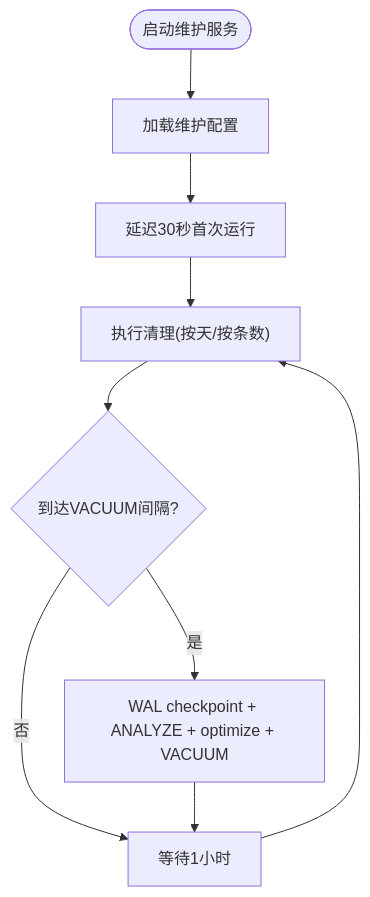
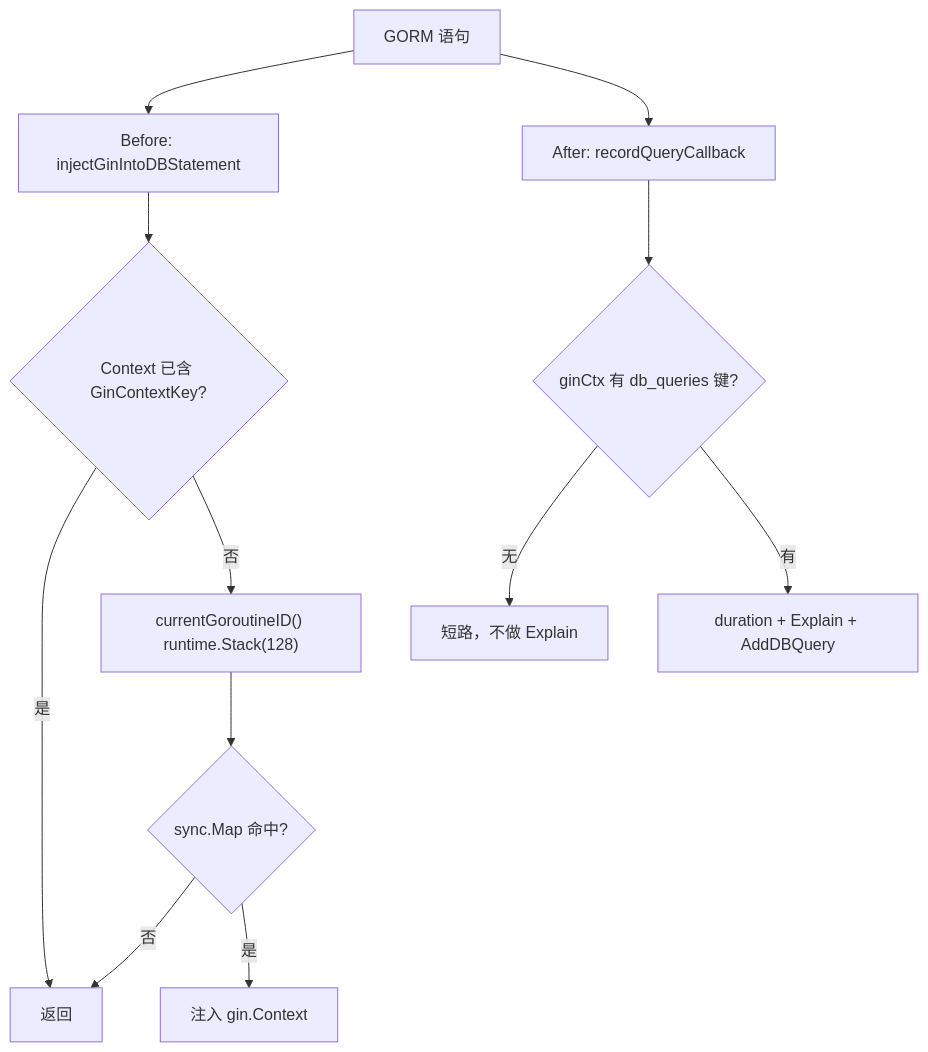
One commit to x01n/dnsplane changed the fourth of 5 diagrams in docs/部署运维/性能优化与调优.md. Above: the diagram before and after it, drawn with Mermaid. The commit also changed other lines of this file and 326 other files, not shown here.

````diff
--- a/docs/部署运维/性能优化与调优.md
+++ b/docs/部署运维/性能优化与调优.md
@@ -163,11 +411,14 @@
 ```mermaid
 flowchart TD
-Start(["启动维护服务"]) --> LoadCfg["加载维护配置"]
-LoadCfg --> FirstDelay["延迟30秒首次运行"]
-FirstDelay --> Cleanup["执行清理(按天/按条数)"]
-Cleanup --> VacuumCheck{"到达VACUUM间隔?"}
-VacuumCheck --> |是| Vacuum["WAL checkpoint + ANALYZE + optimize + VACUUM"]
-VacuumCheck --> |否| Sleep["等待1小时"]
-Vacuum --> Sleep
-Sleep --> Cleanup
+A["GORM 语句"] --> B["Before: injectGinIntoDBStatement"]
+B --> B1{"Context 已含 GinContextKey?"}
+B1 -->|是| B2[返回]
+B1 -->|否| B3["currentGoroutineID() runtime.Stack(128)"]
+B3 --> B4{"sync.Map 命中?"}
+B4 -->|否| B2
+B4 -->|是| B5["注入 gin.Context"]
+A --> C["After: recordQueryCallback"]
+C --> C3{"ginCtx 有 db_queries 键?"}
+C3 -->|无| C4["短路，不做 Explain"]
+C3 -->|有| D["duration + Explain + AddDBQuery"]
 ```
````
